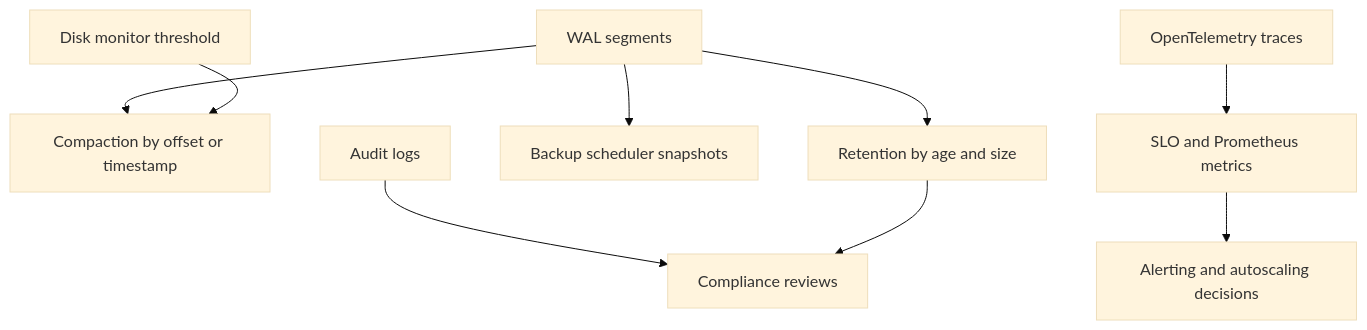
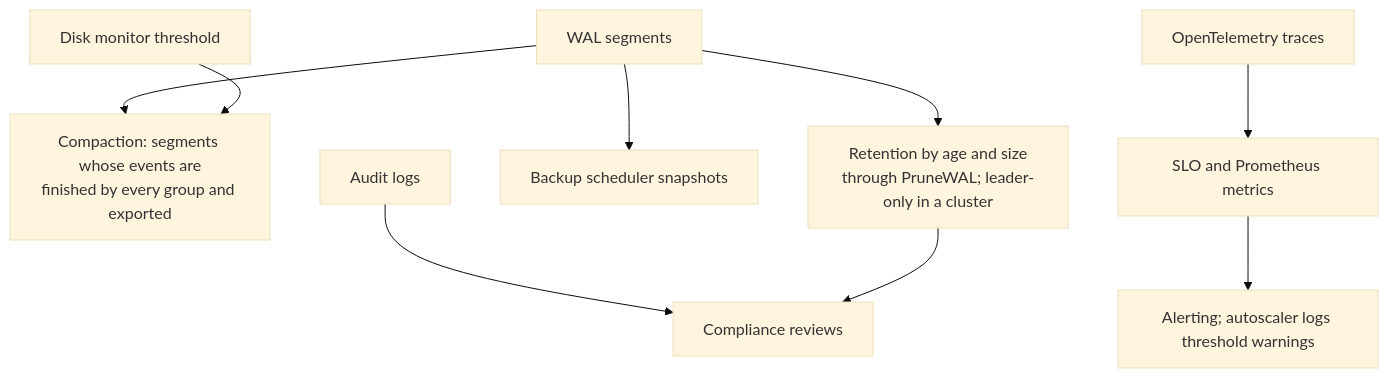
Before and after one commit to jatin711-debug/cronos_db_golang: the seventh of 7 diagrams in docs/DEVELOPER_ARCHITECTURE_GUIDE.md, drawn with Mermaid (base theme). The commit also changed other lines of this file and 31 other files, not shown here.

````diff
--- a/docs/DEVELOPER_ARCHITECTURE_GUIDE.md
+++ b/docs/DEVELOPER_ARCHITECTURE_GUIDE.md
@@ -597,11 +624,11 @@
 ```mermaid
 flowchart TB
-    WAL[WAL segments] --> Compaction[Compaction by offset or timestamp]
-    WAL --> Retention[Retention by age and size]
+    WAL[WAL segments] --> Compaction["Compaction: segments whose events are<br/>finished by every group and exported"]
+    WAL --> Retention["Retention by age and size<br/>through PruneWAL; leader-only in a cluster"]
     WAL --> Backup[Backup scheduler snapshots]
     Disk[Disk monitor threshold] --> Compaction
-    Metrics[SLO and Prometheus metrics] --> Alerts[Alerting and autoscaling decisions]
+    Metrics[SLO and Prometheus metrics] --> Alerts["Alerting; autoscaler logs threshold warnings"]
     Traces[OpenTelemetry traces] --> Metrics
     Audit[Audit logs] --> Compliance[Compliance reviews]
     Retention --> Compliance
 ```
````
